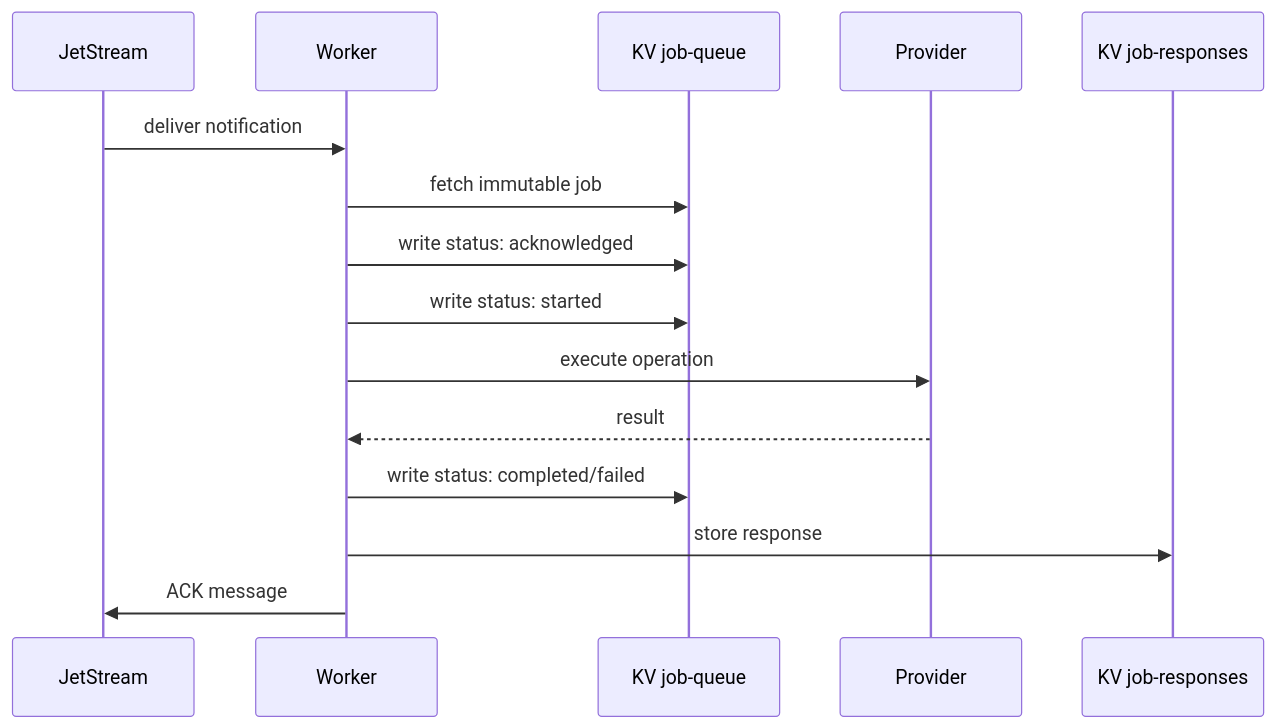
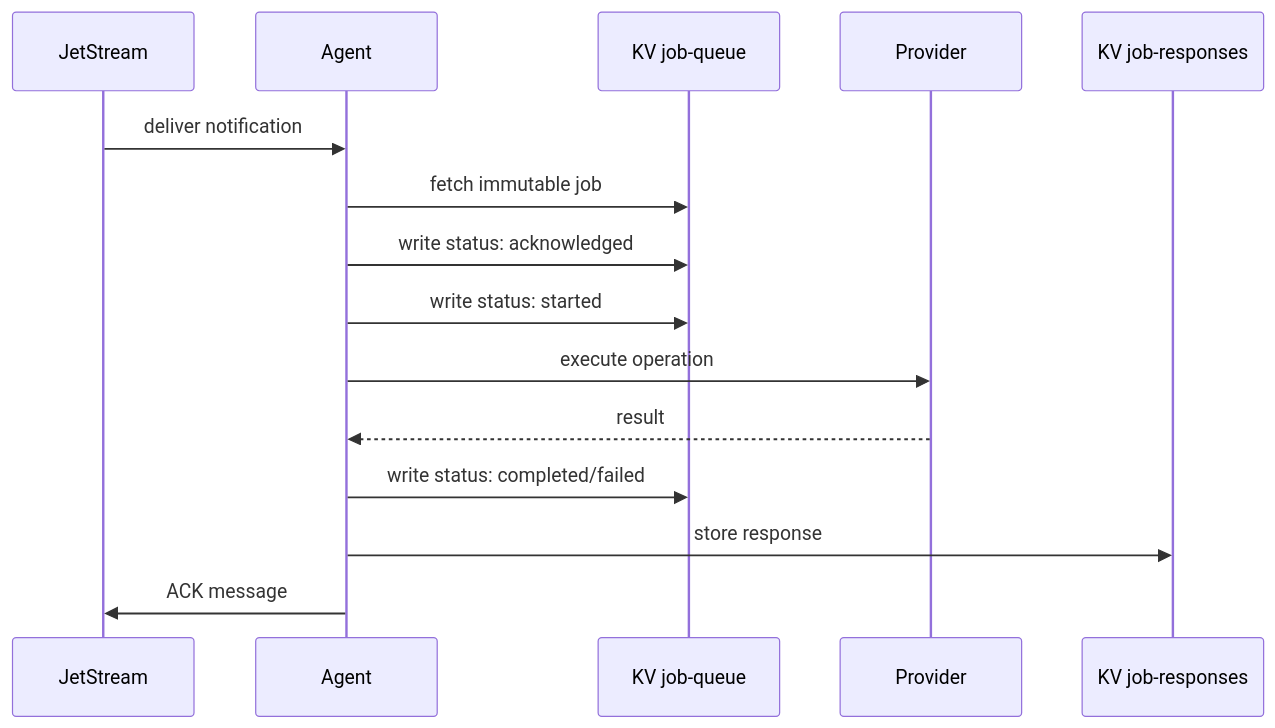
Before and after one commit to osapi-io/osapi: the third of 3 diagrams in docs/docs/sidebar/architecture/job-architecture.md, drawn with Mermaid. The commit also changed other lines of this file and 355 other files, not shown here.

````diff
--- a/docs/docs/sidebar/architecture/job-architecture.md
+++ b/docs/docs/sidebar/architecture/job-architecture.md
@@ -360,18 +360,18 @@
 ```mermaid
 sequenceDiagram
     participant JS as JetStream
-    participant Worker
+    participant Agent
     participant KV as KV job-queue
     participant Provider
     participant KVR as KV job-responses
 
-    JS->>Worker: deliver notification
-    Worker->>KV: fetch immutable job
-    Worker->>KV: write status: acknowledged
-    Worker->>KV: write status: started
-    Worker->>Provider: execute operation
-    Provider-->>Worker: result
-    Worker->>KV: write status: completed/failed
-    Worker->>KVR: store response
-    Worker->>JS: ACK message
+    JS->>Agent: deliver notification
+    Agent->>KV: fetch immutable job
+    Agent->>KV: write status: acknowledged
+    Agent->>KV: write status: started
+    Agent->>Provider: execute operation
+    Provider-->>Agent: result
+    Agent->>KV: write status: completed/failed
+    Agent->>KVR: store response
+    Agent->>JS: ACK message
 ```
````
